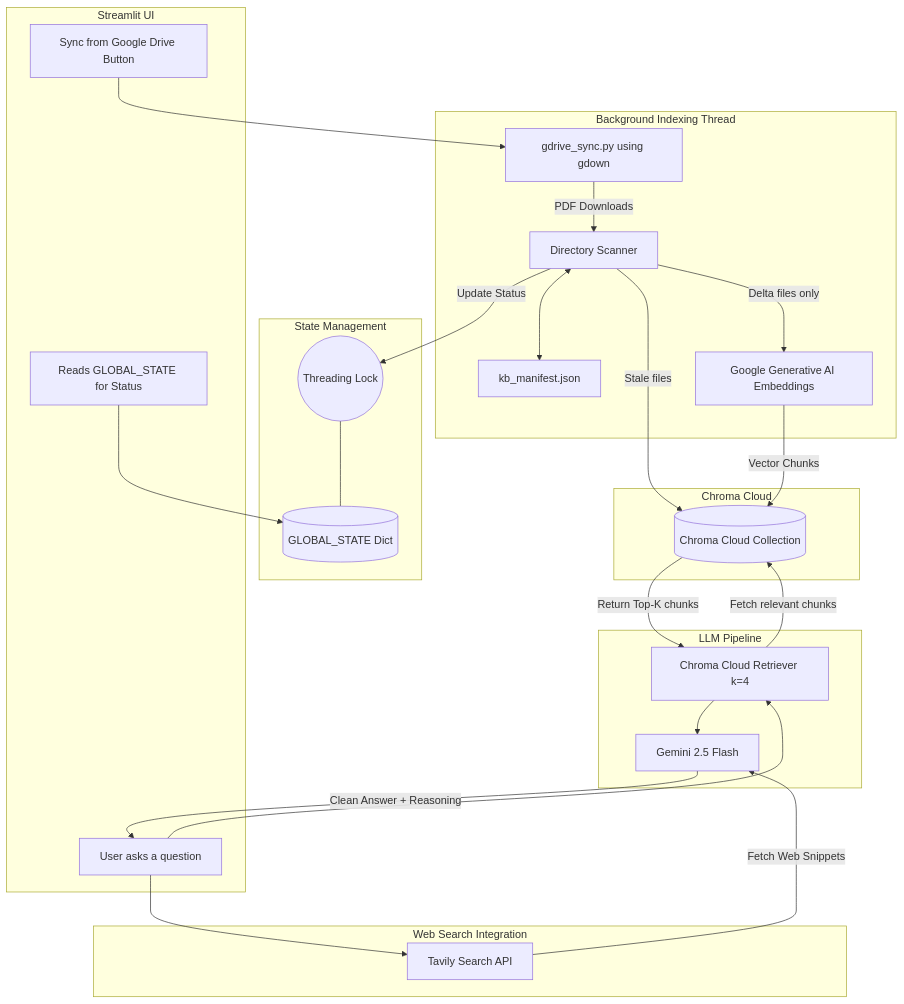
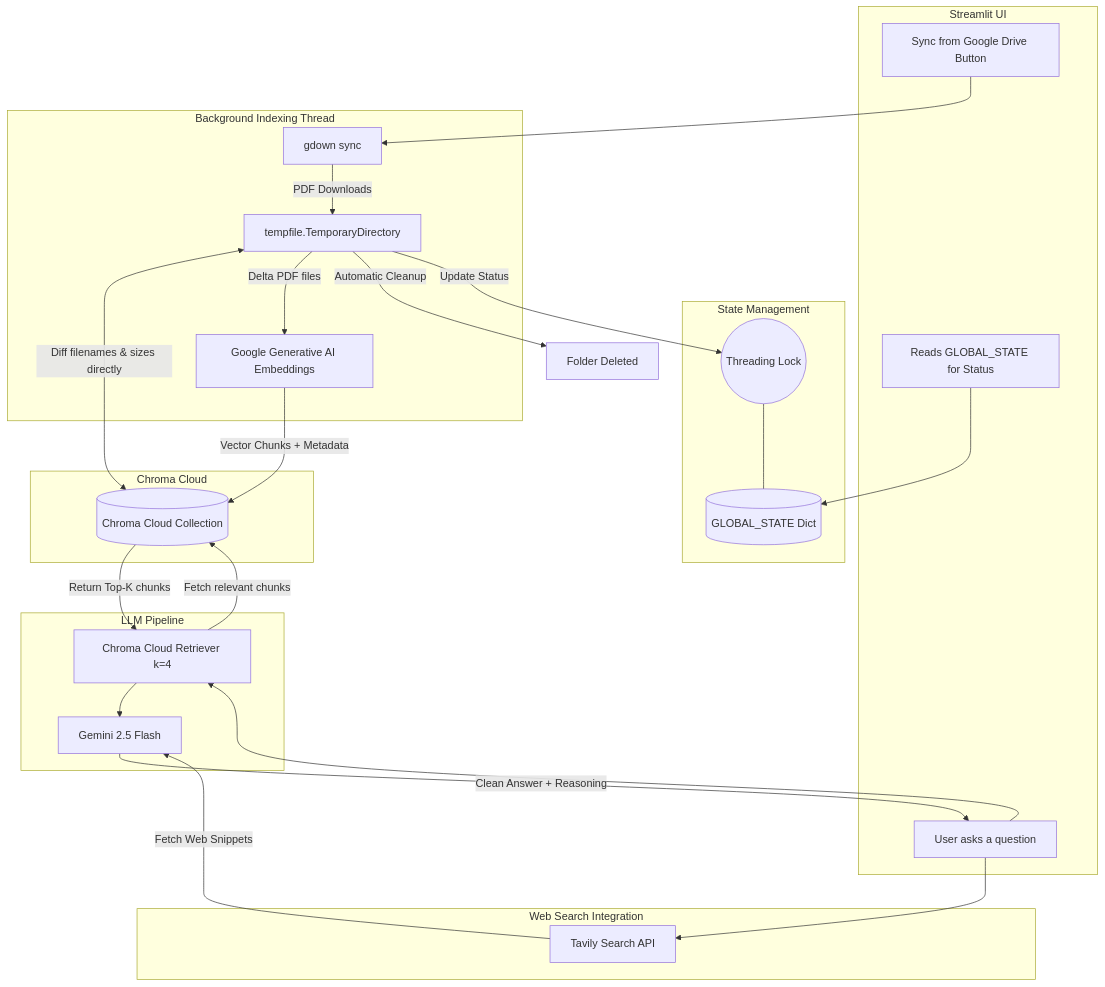
The diagram in README.md (Sandheep-S-95/DocuMind-RAG), drawn with Mermaid before and after one commit. The commit also changed other lines of this file, not shown here.

Commit message:
Update README.md with new stateless architecture diagram and feature descriptions

````diff
--- a/README.md
+++ b/README.md
@@ -11,53 +11,52 @@
 ```mermaid
 flowchart TD
     subgraph Frontend [Streamlit UI]
         UI_Sync[Sync from Google Drive Button]
         UI_Query[User asks a question]
         UI_Status[Reads GLOBAL_STATE for Status]
     end
 
     subgraph Threading [State Management]
         Lock((Threading Lock))
         State[(GLOBAL_STATE Dict)]
     end
 
     subgraph Background [Background Indexing Thread]
-        Manifest[kb_manifest.json]
-        Scanner[Directory Scanner]
-        GDrive[gdrive_sync.py using gdown]
+        GDrive[gdown sync]
+        TempDir[tempfile.TemporaryDirectory]
         Embedder[Google Generative AI Embeddings]
     end
 
     subgraph Database [Chroma Cloud]
         Chroma[(Chroma Cloud Collection)]
     end
 
     subgraph WebSearch [Web Search Integration]
         Tavily[Tavily Search API]
     end
 
     subgraph Generation [LLM Pipeline]
         Retriever[Chroma Cloud Retriever k=4]
         LLM[Gemini 2.5 Flash]
     end
 
     %% Flow for Indexing
     UI_Sync --> GDrive
-    GDrive -->|PDF Downloads| Scanner
-    Scanner <--> Manifest
-    Scanner -->|Delta files only| Embedder
-    Scanner -->|Stale files| Chroma
-    Embedder -->|Vector Chunks| Chroma
-    Scanner -->|Update Status| Lock
+    GDrive -->|PDF Downloads| TempDir
+    TempDir <-->|Diff filenames & sizes directly| Chroma
+    TempDir -->|Delta PDF files| Embedder
+    Embedder -->|Vector Chunks + Metadata| Chroma
+    TempDir -->|Automatic Cleanup| Clean[Folder Deleted]
+    TempDir -->|Update Status| Lock
     Lock --- State
 
     %% Flow for Querying
     UI_Query --> Retriever
     Retriever -->|Fetch relevant chunks| Chroma
     Chroma -->|Return Top-K chunks| Retriever
     UI_Query --> Tavily
     Tavily -->|Fetch Web Snippets| LLM
     Retriever --> LLM
     LLM -->|Clean Answer + Reasoning| UI_Query
     UI_Status --> State
 ```
````
